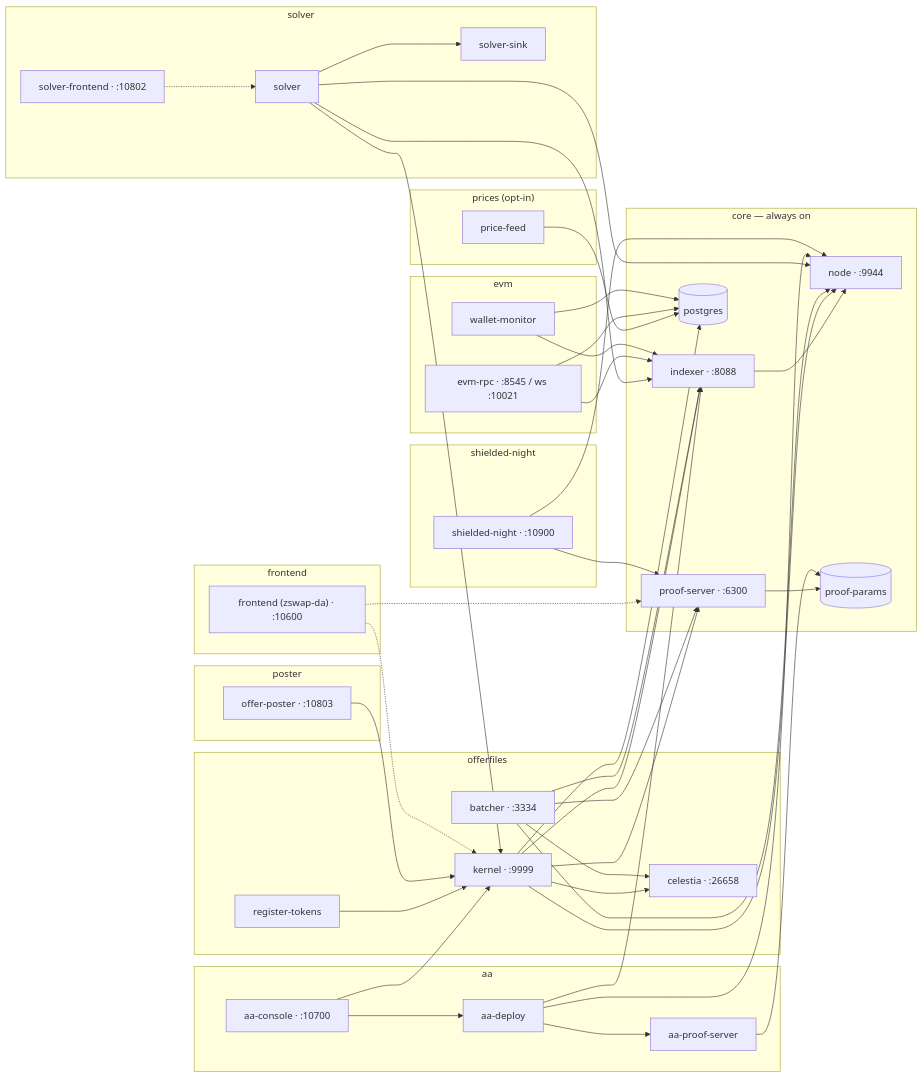
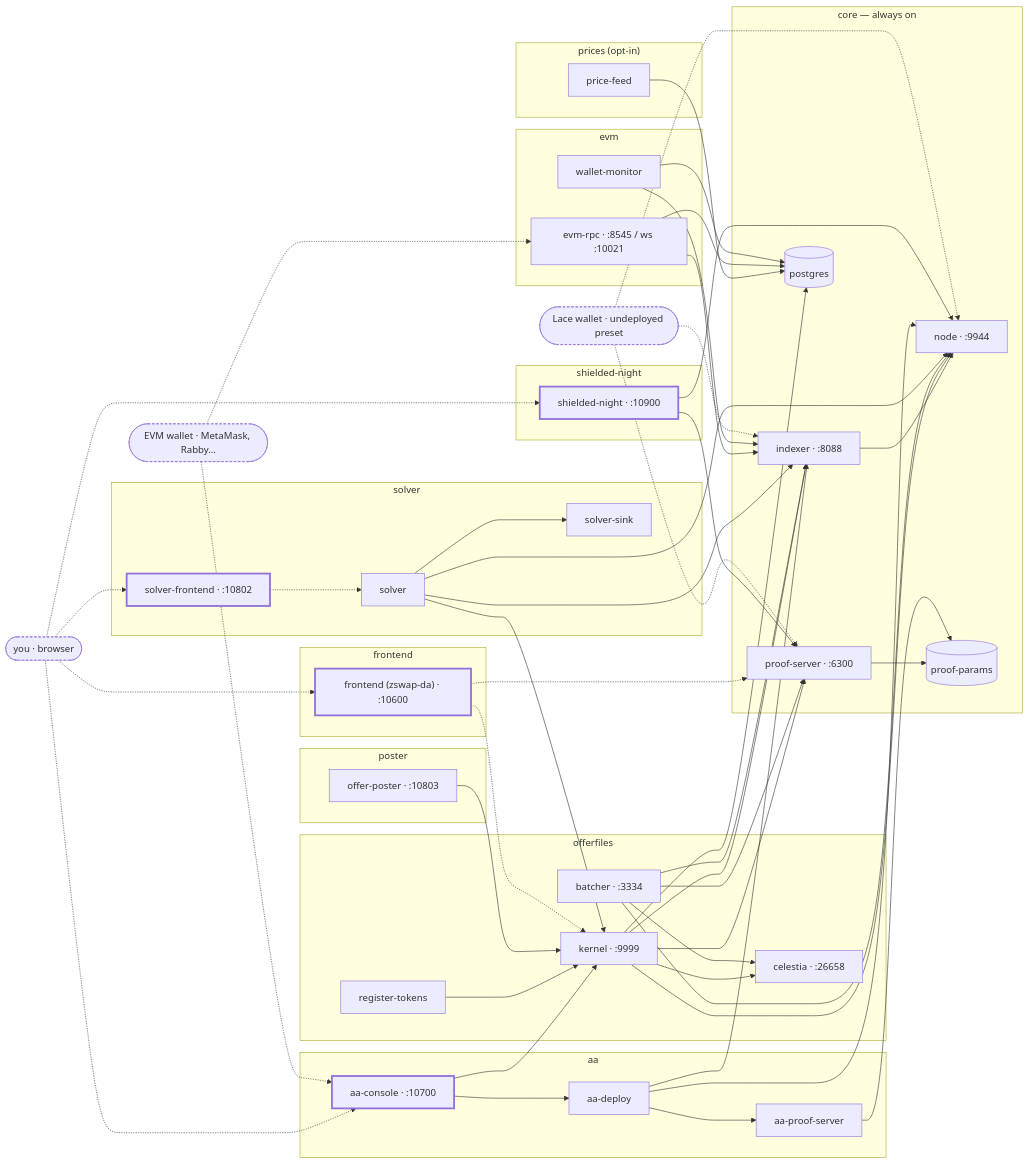
Before and after one commit to acedward/midnight-2-offers: the diagram in README.md, drawn with Mermaid. The commit also changed other lines of this file, not shown here.

Commit message:
README: quickstart first, actors in the diagram, artifact rules moved down
* Quickstart moves directly under the intro: what it is, then how to run it,
  then the stack
* the stack diagram shows the actors — a browser on the four web UIs, an
  injected EVM wallet on the AA console and umbra-evm's JSON-RPC, and a
  Lace wallet on the undeployed preset; web UIs outlined, actors dashed
* "How each external artifact is chosen" is inner detail for a first read
  and becomes its own section after Wallets, before Layout

````diff
--- a/README.md
+++ b/README.md
@@ -17,59 +92,69 @@
 ```mermaid
 flowchart LR
+  you(["you · browser"])
+  evmw(["EVM wallet · MetaMask, Rabby…"])
+  lace(["Lace wallet · undeployed preset"])
   subgraph core["core — always on"]
     node["node · :9944"]
     indexer["indexer · :8088"]
     proof["proof-server · :6300"]
     params[("proof-params")]
     pg[("postgres")]
   end
   subgraph offerfiles["offerfiles"]
     celestia["celestia · :26658"]
     kernel["kernel · :9999"]
     batcher["batcher · :3334"]
     register["register-tokens"]
   end
   subgraph solver["solver"]
     cow["solver"]
     sink["solver-sink"]
     monitor["solver-frontend · :10802"]
   end
   subgraph poster["poster"]
     op["offer-poster · :10803"]
   end
   subgraph prices["prices (opt-in)"]
     feed["price-feed"]
   end
   subgraph aa["aa"]
     aaproof["aa-proof-server"]
     aadeploy["aa-deploy"]
     console["aa-console · :10700"]
   end
   subgraph evm["evm"]
     evmrpc["evm-rpc · :8545 / ws :10021"]
     wmon["wallet-monitor"]
   end
   subgraph frontend["frontend"]
     spa["frontend (zswap-da) · :10600"]
   end
   subgraph sn["shielded-night"]
     sndapp["shielded-night · :10900"]
   end
 
   indexer --> node
   proof --> params
   kernel --> celestia & pg & node & indexer & proof
   batcher --> celestia & node & indexer & proof
   register --> kernel
   cow --> sink & kernel & node & indexer
   monitor -.-> cow
   op --> kernel
   feed --> pg
   aaproof --> params
   aadeploy --> node & indexer & aaproof
   console --> aadeploy & kernel
   evmrpc --> pg & indexer
   wmon --> pg & indexer
   spa -.-> kernel & proof
   sndapp --> node & proof
+  you -.-> console & monitor & spa & sndapp
+  evmw -.-> console & evmrpc
+  lace -.-> node & indexer & proof
+  classDef web stroke-width:3px
+  classDef actor stroke-dasharray:4 3
+  class console,monitor,spa,sndapp web
+  class you,evmw,lace actor
 ```
````
